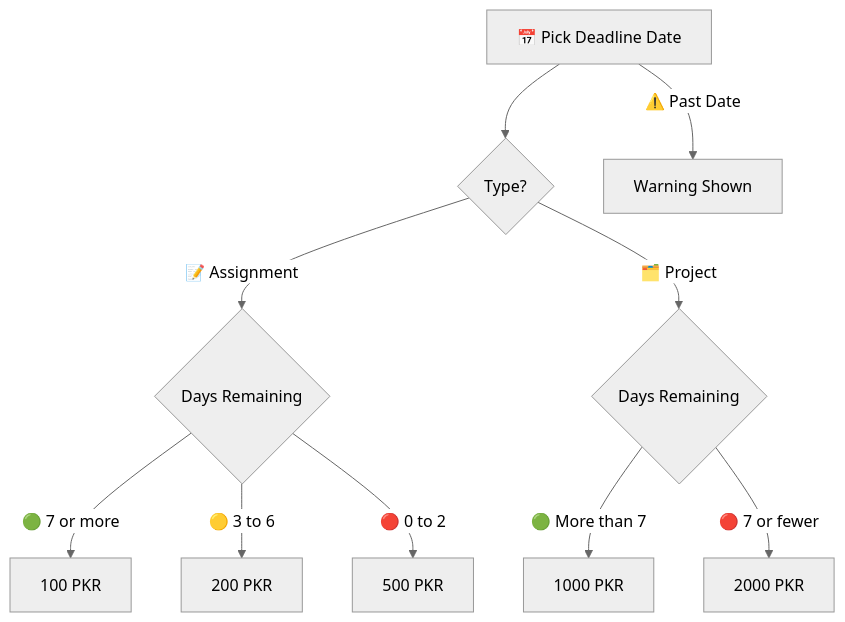
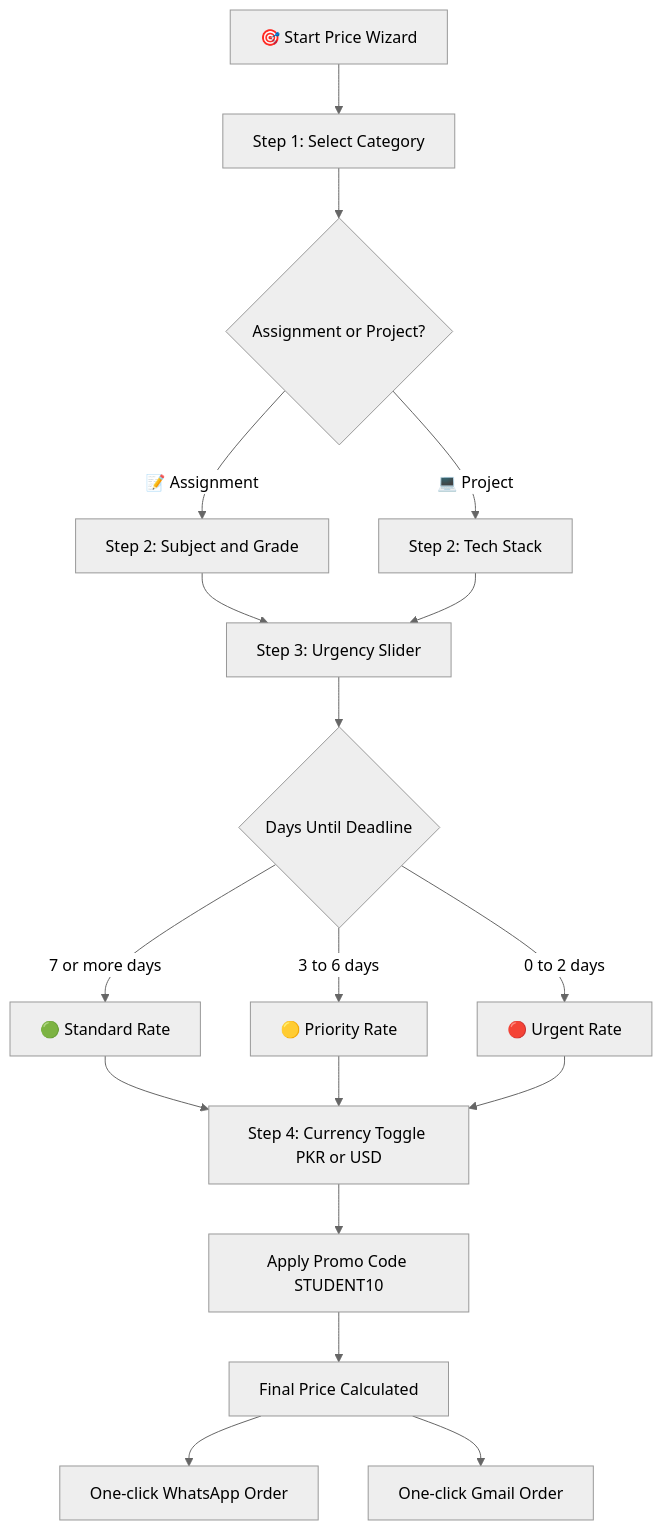
Before and after one commit to AbdulAzeemHashmi/static-webpage: the diagram in README.md, drawn with Mermaid (neutral theme). The commit also changed other lines of this file, not shown here.

````diff
--- a/README.md
+++ b/README.md
@@ -63,12 +127,26 @@
 ```mermaid
 flowchart TD
-    A[📅 Pick Deadline Date] --> B{Type?}
-    B -->|📝 Assignment| C{Days Remaining}
-    B -->|🗂️ Project| D{Days Remaining}
-    C -->|🟢 7 or more| E[100 PKR]
-    C -->|🟡 3 to 6| F[200 PKR]
-    C -->|🔴 0 to 2| G[500 PKR]
-    D -->|🟢 More than 7| H[1000 PKR]
-    D -->|🔴 7 or fewer| I[2000 PKR]
-    A -->|⚠️ Past Date| J[Warning Shown]
+    A[🎯 Start Price Wizard] --> B[Step 1: Select Category]
+    B --> C{Assignment or Project?}
+
+    C -->|📝 Assignment| D[Step 2: Subject and Grade]
+    C -->|💻 Project| E[Step 2: Tech Stack]
+
+    D --> F[Step 3: Urgency Slider]
+    E --> F
+
+    F --> G{Days Until Deadline}
+
+    G -->|7 or more days| H[🟢 Standard Rate]
+    G -->|3 to 6 days| I[🟡 Priority Rate]
+    G -->|0 to 2 days| J[🔴 Urgent Rate]
+
+    H --> K[Step 4: Currency Toggle PKR or USD]
+    I --> K
+    J --> K
+
+    K --> L[Apply Promo Code STUDENT10]
+    L --> M[Final Price Calculated]
+    M --> N[One-click WhatsApp Order]
+    M --> O[One-click Gmail Order]
 ```
````
